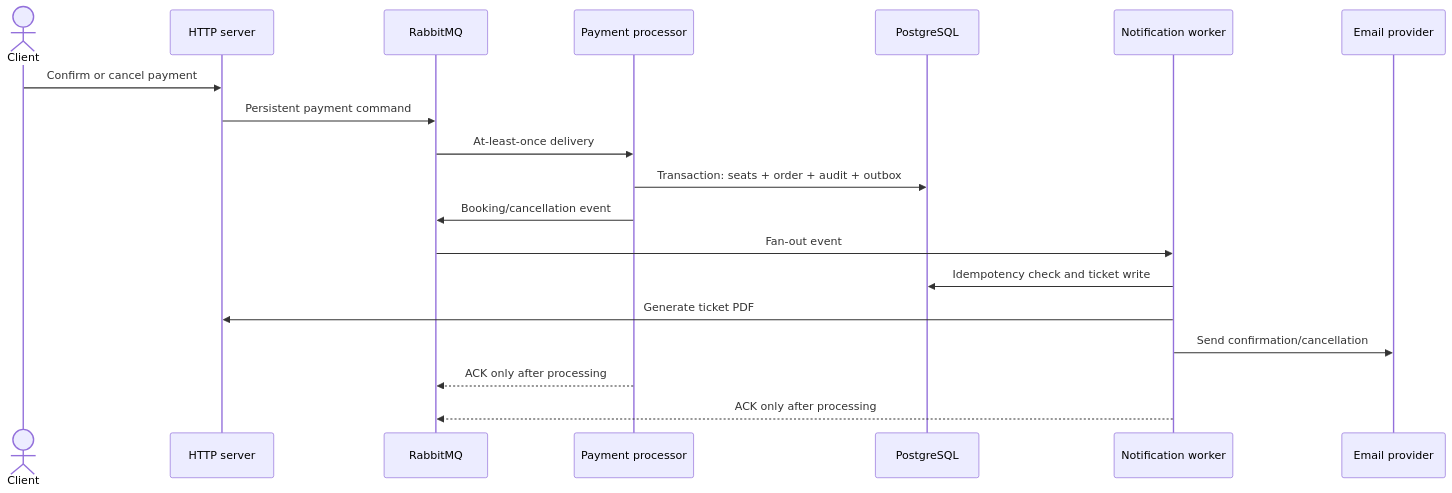
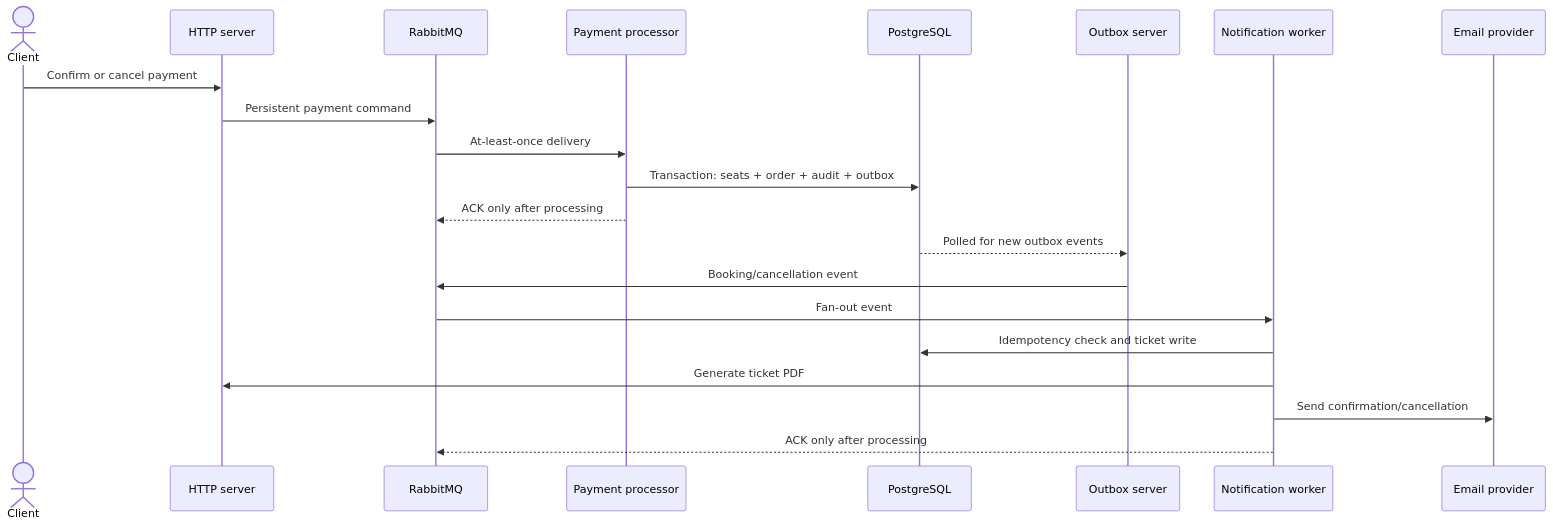
One commit to bhatvinay7/bookit changed the fourth of 6 diagrams in README.md. Above: the diagram before and after it, drawn with Mermaid. The commit also changed other lines of this file, not shown here.

Commit message:
docs: update README with outbox-server and search enhancement

````diff
--- a/README.md
+++ b/README.md
@@ -181,22 +185,24 @@
 ```mermaid
 sequenceDiagram
     actor Client
     participant API as HTTP server
     participant RMQ as RabbitMQ
     participant Pay as Payment processor
     participant PG as PostgreSQL
+    participant Outbox as Outbox server
     participant Notify as Notification worker
     participant Mail as Email provider
 
     Client->>API: Confirm or cancel payment
     API->>RMQ: Persistent payment command
     RMQ->>Pay: At-least-once delivery
     Pay->>PG: Transaction: seats + order + audit + outbox
-    Pay->>RMQ: Booking/cancellation event
+    Pay-->>RMQ: ACK only after processing
+    PG-->>Outbox: Polled for new outbox events
+    Outbox->>RMQ: Booking/cancellation event
     RMQ->>Notify: Fan-out event
     Notify->>PG: Idempotency check and ticket write
     Notify->>API: Generate ticket PDF
     Notify->>Mail: Send confirmation/cancellation
-    Pay-->>RMQ: ACK only after processing
     Notify-->>RMQ: ACK only after processing
 ```
````
